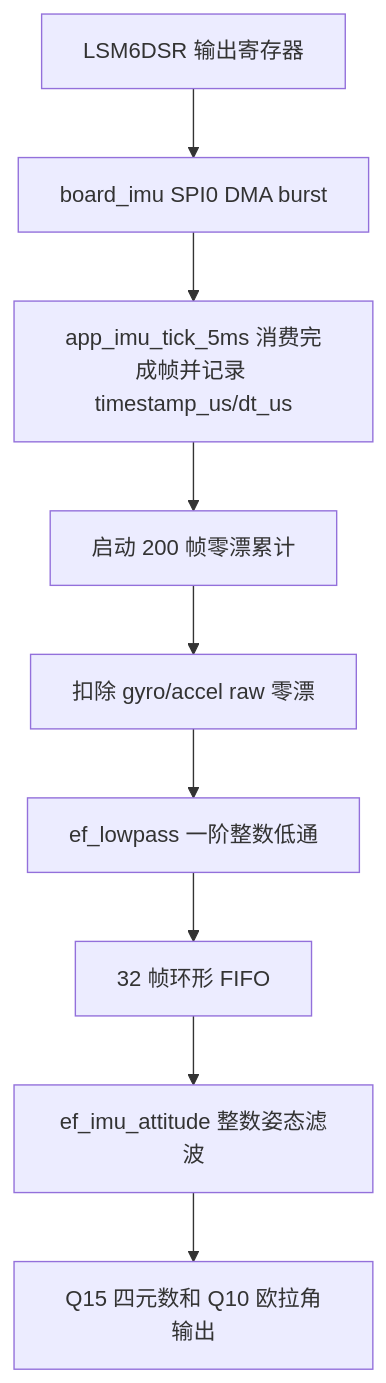
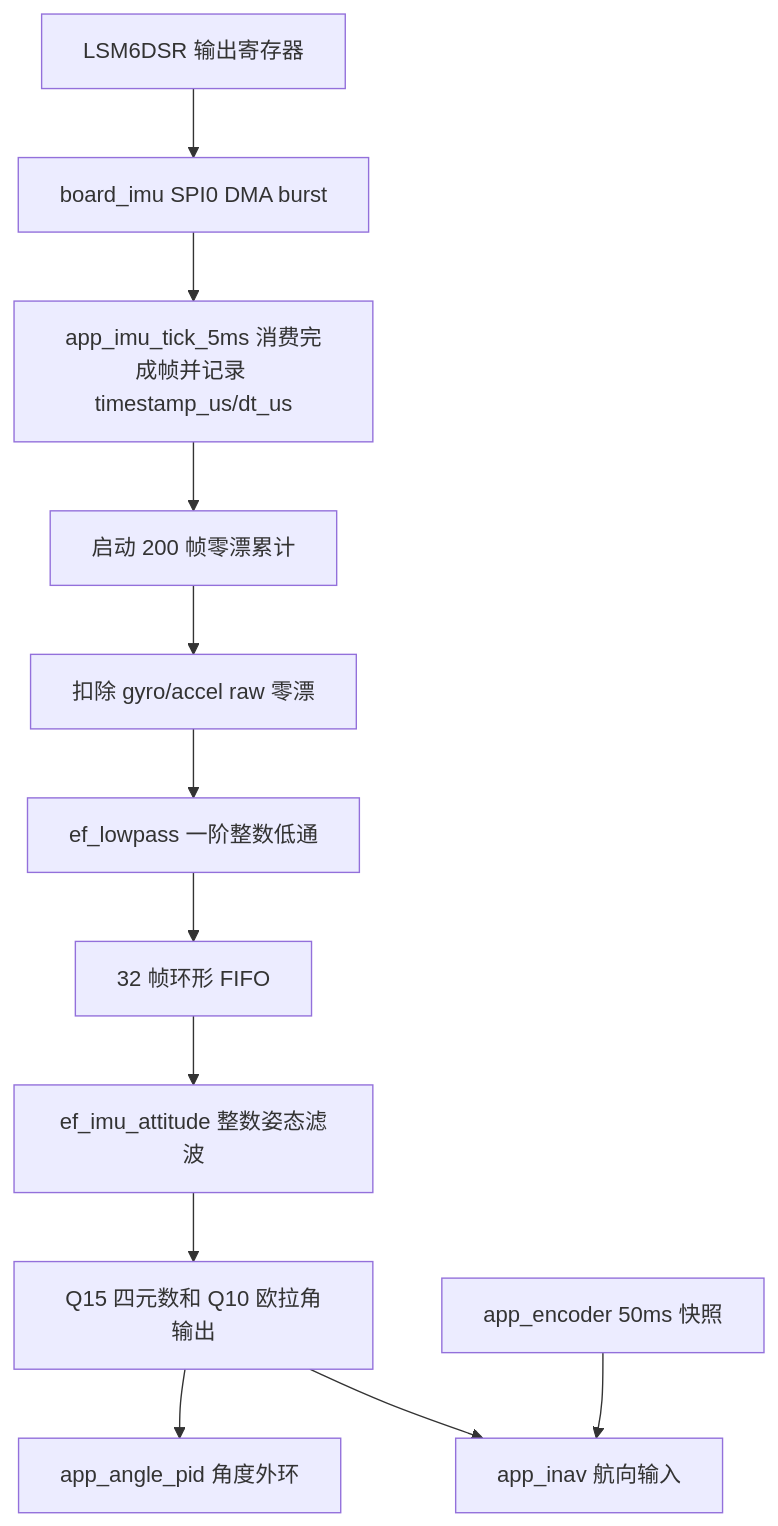
One commit to B0weny-qwq/Mspm0G3507-ef-agent changed the first of 2 diagrams in doc/IMU数据处理.md. Above: the diagram before and after it, drawn with Mermaid. The commit also changed other lines of this file and 13 other files, not shown here.

Commit message:
Add app angle PID and inertial nav framework

````diff
--- a/doc/IMU数据处理.md
+++ b/doc/IMU数据处理.md
@@ -31,11 +33,14 @@
 ```mermaid
 flowchart TD
     A[LSM6DSR 输出寄存器] --> B[board_imu SPI0 DMA burst]
     B --> C[app_imu_tick_5ms 消费完成帧并记录 timestamp_us/dt_us]
     C --> D[启动 200 帧零漂累计]
     D --> E[扣除 gyro/accel raw 零漂]
     E --> F[ef_lowpass 一阶整数低通]
     F --> G[32 帧环形 FIFO]
     G --> H[ef_imu_attitude 整数姿态滤波]
     H --> I[Q15 四元数和 Q10 欧拉角输出]
+    I --> J[app_angle_pid 角度外环]
+    I --> K[app_inav 航向输入]
+    L[app_encoder 50ms 快照] --> K
 ```
````
